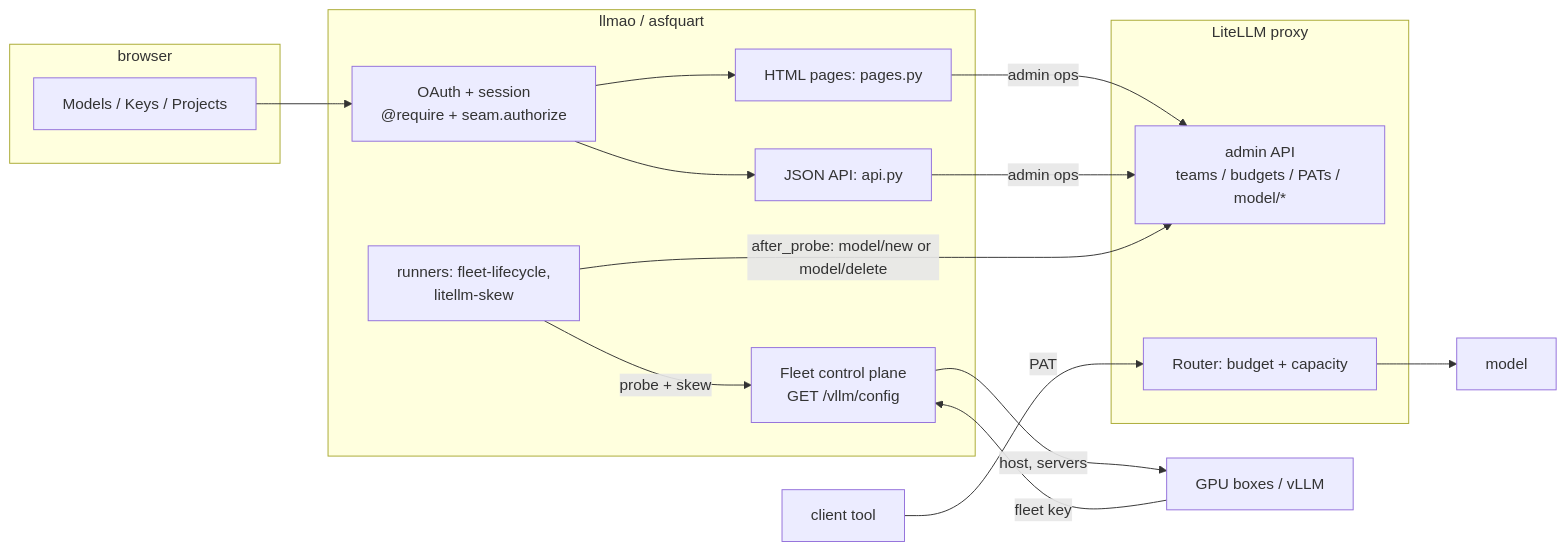
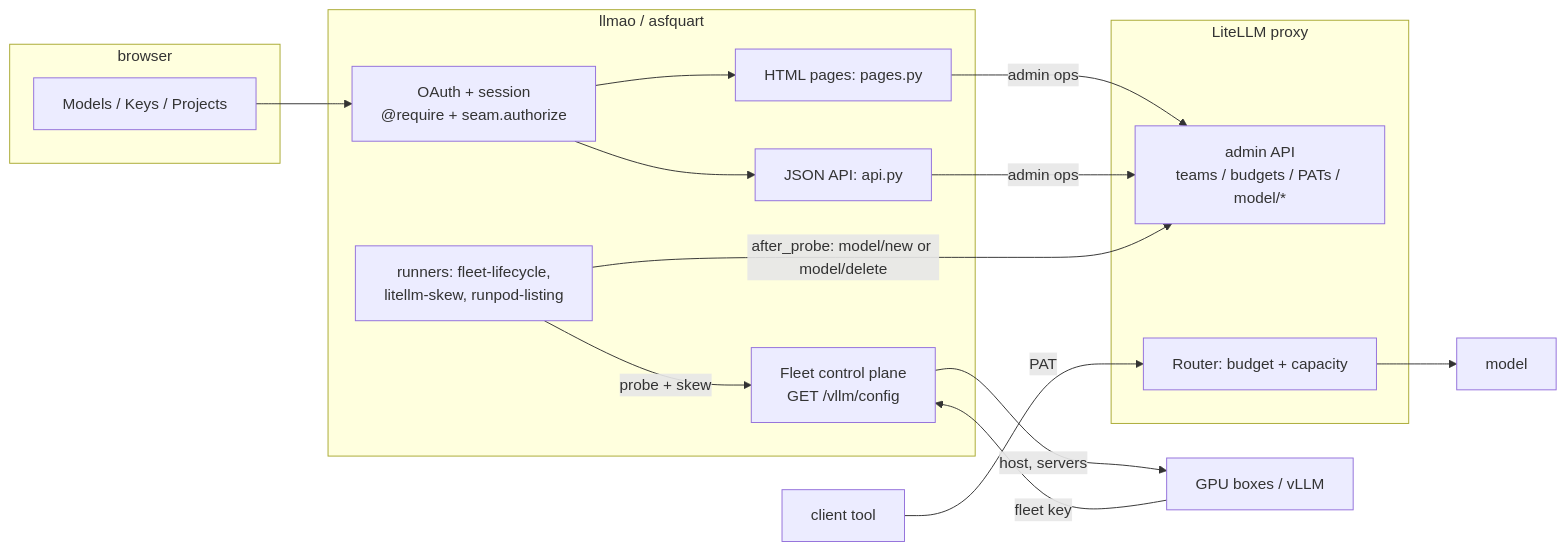
One commit to apache/tooling-llmao changed the first of 2 diagrams in docs/ARCHITECTURE.md. Above: the diagram before and after it, drawn with Mermaid. The commit also changed other lines of this file and 8 other files, not shown here.

````diff
--- a/docs/ARCHITECTURE.md
+++ b/docs/ARCHITECTURE.md
@@ -136,32 +150,32 @@
 ```mermaid
 flowchart LR
   subgraph browser [browser]
     UI[Models / Keys / Projects]
   end
   subgraph proc [llmao / asfquart]
     AUTH[OAuth + session<br/>@require + seam.authorize]
     PAGES[HTML pages: pages.py]
     JSON[JSON API: api.py]
     FLEET[Fleet control plane<br/>GET /vllm/config]
-    RUNNERS[runners: fleet-lifecycle,<br/>litellm-skew]
+    RUNNERS[runners: fleet-lifecycle,<br/>litellm-skew, runpod-listing]
   end
   subgraph litellm [LiteLLM proxy]
     ADMIN[admin API<br/>teams / budgets / PATs / model/*]
     ROUTER[Router: budget + capacity]
   end
   BOX[GPU boxes / vLLM]
   TOOL[client tool]
   MODEL[model]
 
   UI --> AUTH
   AUTH --> PAGES
   AUTH --> JSON
   PAGES -->|admin ops| ADMIN
   JSON -->|admin ops| ADMIN
   BOX -->|fleet key| FLEET
   FLEET -->|"host, servers"| BOX
   RUNNERS -->|probe + skew| FLEET
   RUNNERS -->|after_probe: model/new or model/delete| ADMIN
   TOOL -->|PAT| ROUTER
   ROUTER --> MODEL
 ```
````
